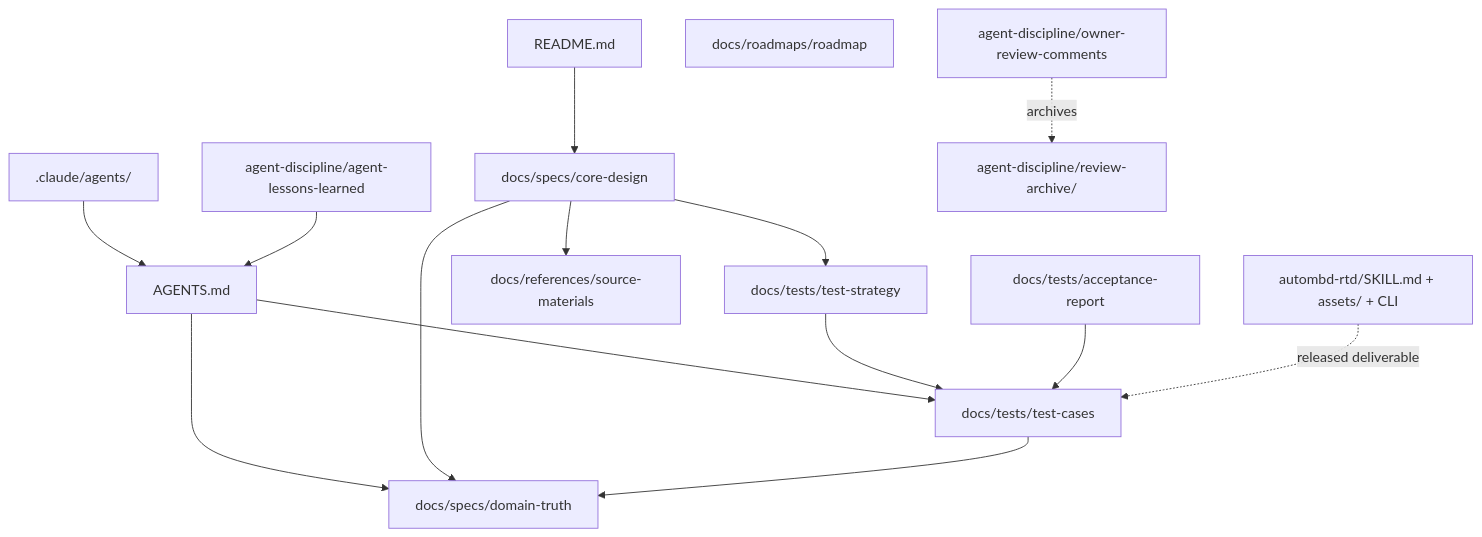
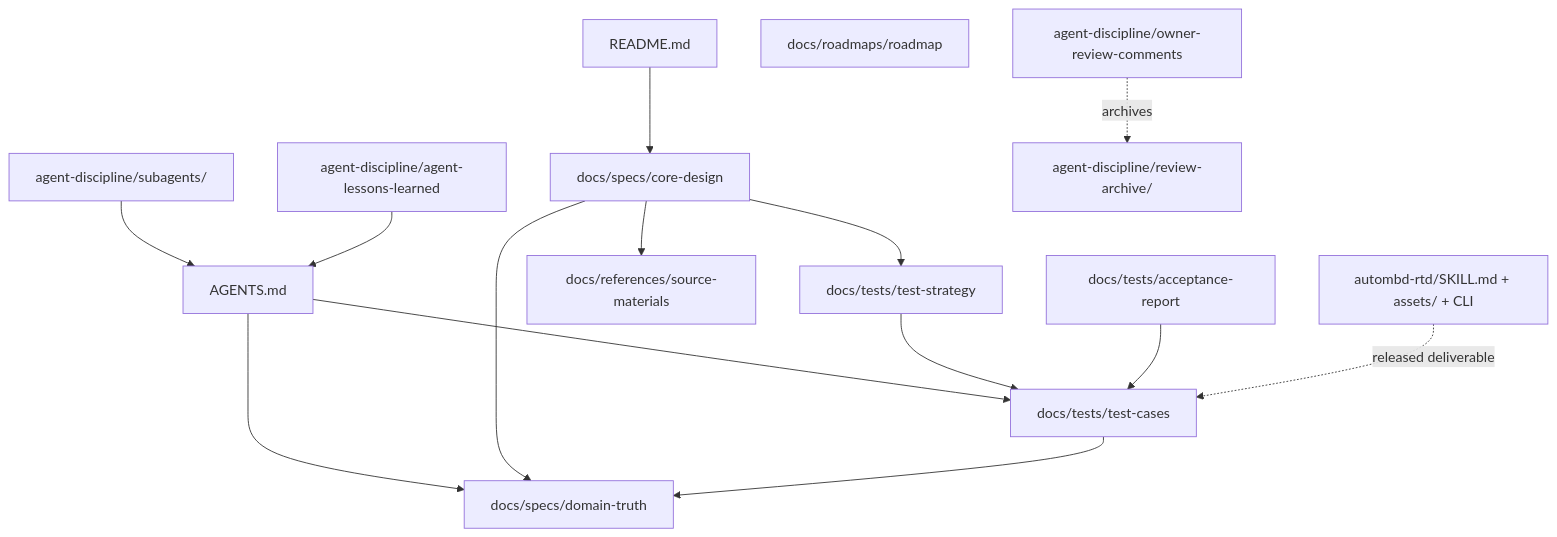
The diagram in agent-discipline/documentation-governance.md (autoMBD/autombd-rtd-config), drawn with Mermaid before and after one commit. The commit also changed other lines of this file and 9 other files, not shown here.

First line of the commit message:
chore: relocate subagent definitions to agent-discipline/subagents/

````diff
--- a/agent-discipline/documentation-governance.md
+++ b/agent-discipline/documentation-governance.md
@@ -114,17 +114,17 @@
 ```mermaid
 flowchart TD
   README["README.md"] --> CORE["docs/specs/core-design"]
   AGENTS["AGENTS.md"] --> DT["docs/specs/domain-truth"]
   AGENTS --> TC["docs/tests/test-cases"]
   CORE --> DT
   CORE --> TS["docs/tests/test-strategy"]
   CORE --> SM["docs/references/source-materials"]
   TS --> TC
   TC --> DT
   AR["docs/tests/acceptance-report"] --> TC
   RM["docs/roadmaps/roadmap"]
-  ROLES[".claude/agents/"] --> AGENTS
+  ROLES["agent-discipline/subagents/"] --> AGENTS
   LL["agent-discipline/agent-lessons-learned"] --> AGENTS
   CT["agent-discipline/owner-review-comments"] -.archives.-> OBS["agent-discipline/review-archive/"]
   SKILL["autombd-rtd/SKILL.md + assets/ + CLI"] -. released deliverable .-> TC
 ```
````
